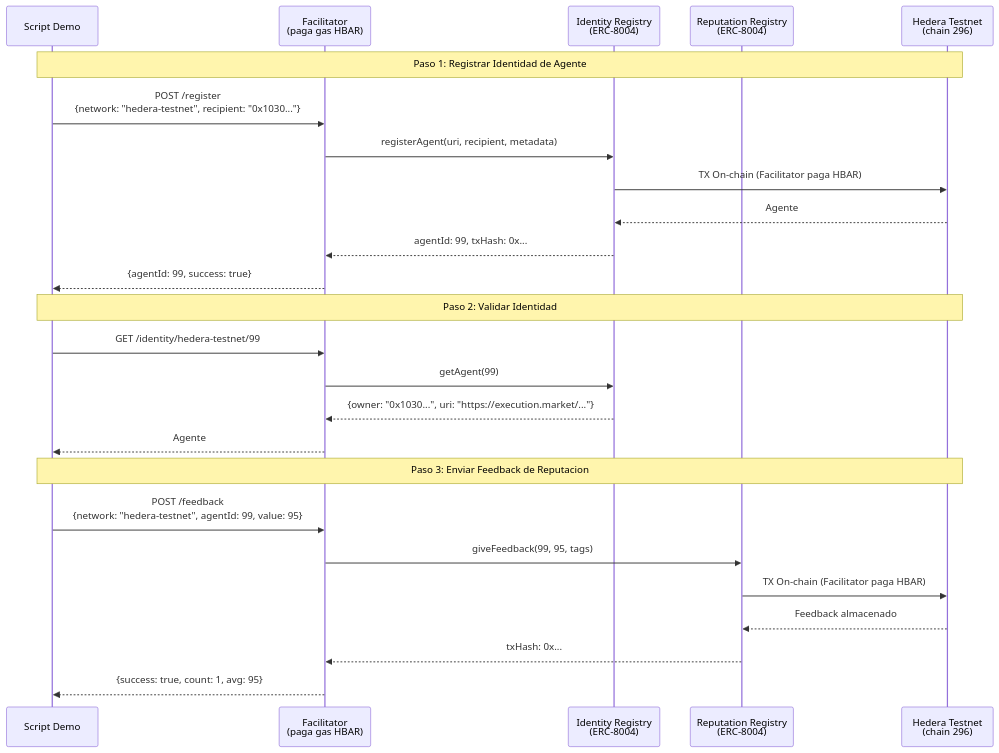
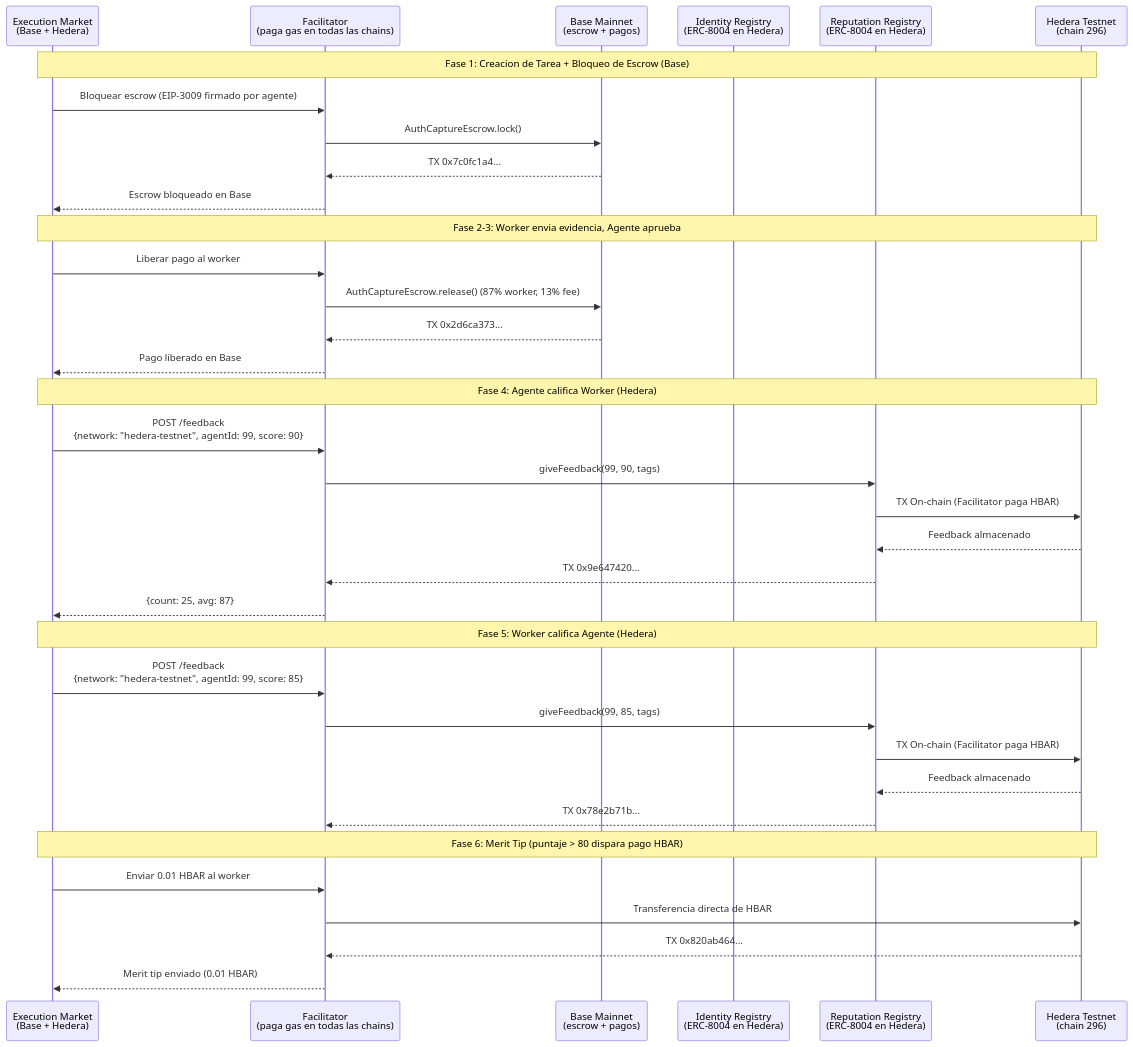
One commit to yesig3/em-cannes-hackathon changed the diagram in hedera/PROOF_OF_INTEGRATION.es.md. Above: the diagram before and after it, drawn with Mermaid. The commit also changed other lines of this file and 3 other files, not shown here.

First line of the commit message:
docs: update all docs with Facilitator extension + merit tip + Golden Flow 6/6

````diff
--- a/hedera/PROOF_OF_INTEGRATION.es.md
+++ b/hedera/PROOF_OF_INTEGRATION.es.md
@@ -115,30 +164,42 @@
 ```mermaid
 sequenceDiagram
-    participant D as Script Demo
-    participant F as Facilitator<br/>(paga gas HBAR)
-    participant IR as Identity Registry<br/>(ERC-8004)
-    participant RR as Reputation Registry<br/>(ERC-8004)
+    participant EM as Execution Market<br/>(Base + Hedera)
+    participant F as Facilitator<br/>(paga gas en todas las chains)
+    participant B as Base Mainnet<br/>(escrow + pagos)
+    participant IR as Identity Registry<br/>(ERC-8004 en Hedera)
+    participant RR as Reputation Registry<br/>(ERC-8004 en Hedera)
     participant H as Hedera Testnet<br/>(chain 296)
 
-    Note over D,H: Paso 1: Registrar Identidad de Agente
-    D->>F: POST /register<br/>{network: "hedera-testnet", recipient: "0x1030..."}
-    F->>IR: registerAgent(uri, recipient, metadata)
-    IR->>H: TX On-chain (Facilitator paga HBAR)
-    H-->>IR: Agente #99 minteado
-    IR-->>F: agentId: 99, txHash: 0x...
-    F-->>D: {agentId: 99, success: true}
+    Note over EM,H: Fase 1: Creacion de Tarea + Bloqueo de Escrow (Base)
+    EM->>F: Bloquear escrow (EIP-3009 firmado por agente)
+    F->>B: AuthCaptureEscrow.lock()
+    B-->>F: TX 0x7c0fc1a4...
+    F-->>EM: Escrow bloqueado en Base
 
-    Note over D,H: Paso 2: Validar Identidad
-    D->>F: GET /identity/hedera-testnet/99
-    F->>IR: getAgent(99)
-    IR-->>F: {owner: "0x1030...", uri: "https://execution.market/..."}
-    F-->>D: Agente #99 confirmado
+    Note over EM,H: Fase 2-3: Worker envia evidencia, Agente aprueba
+    EM->>F: Liberar pago al worker
+    F->>B: AuthCaptureEscrow.release() (87% worker, 13% fee)
+    B-->>F: TX 0x2d6ca373...
+    F-->>EM: Pago liberado en Base
 
-    Note over D,H: Paso 3: Enviar Feedback de Reputacion
-    D->>F: POST /feedback<br/>{network: "hedera-testnet", agentId: 99, value: 95}
-    F->>RR: giveFeedback(99, 95, tags)
+    Note over EM,H: Fase 4: Agente califica Worker (Hedera)
+    EM->>F: POST /feedback<br/>{network: "hedera-testnet", agentId: 99, score: 90}
+    F->>RR: giveFeedback(99, 90, tags)
     RR->>H: TX On-chain (Facilitator paga HBAR)
     H-->>RR: Feedback almacenado
-    RR-->>F: txHash: 0x...
-    F-->>D: {success: true, count: 1, avg: 95}
+    RR-->>F: TX 0x9e647420...
+    F-->>EM: {count: 25, avg: 87}
+
+    Note over EM,H: Fase 5: Worker califica Agente (Hedera)
+    EM->>F: POST /feedback<br/>{network: "hedera-testnet", agentId: 99, score: 85}
+    F->>RR: giveFeedback(99, 85, tags)
+    RR->>H: TX On-chain (Facilitator paga HBAR)
+    H-->>RR: Feedback almacenado
+    RR-->>F: TX 0x78e2b71b...
+
+    Note over EM,H: Fase 6: Merit Tip (puntaje > 80 dispara pago HBAR)
+    EM->>F: Enviar 0.01 HBAR al worker
+    F->>H: Transferencia directa de HBAR
+    H-->>F: TX 0x820ab464...
+    F-->>EM: Merit tip enviado (0.01 HBAR)
 ```
````
